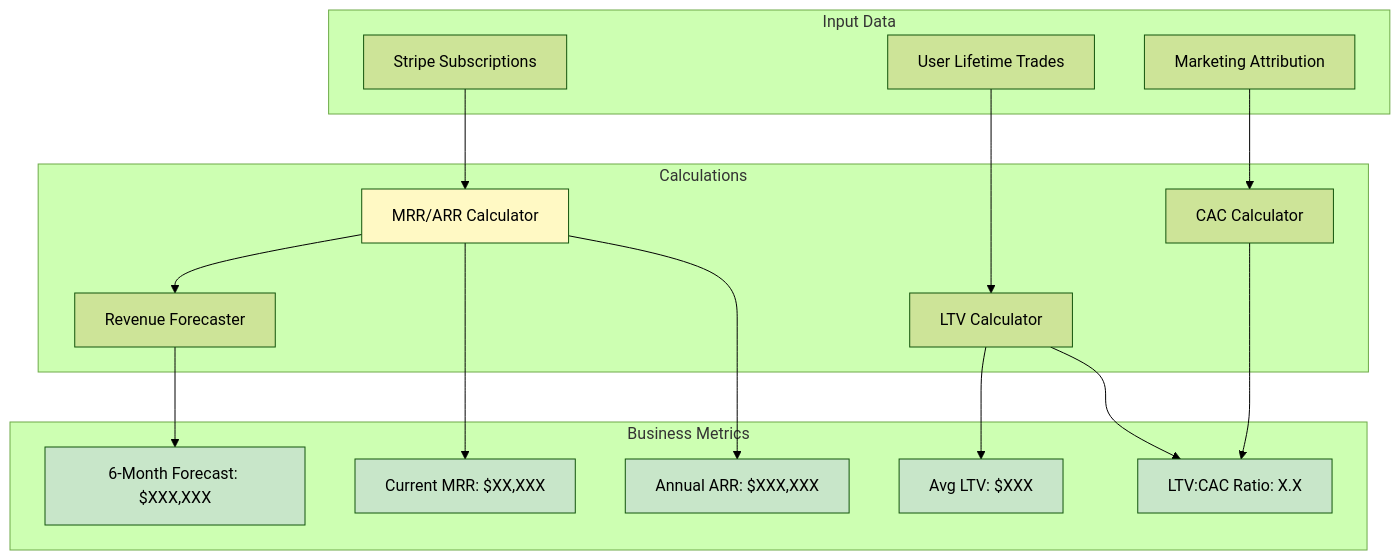
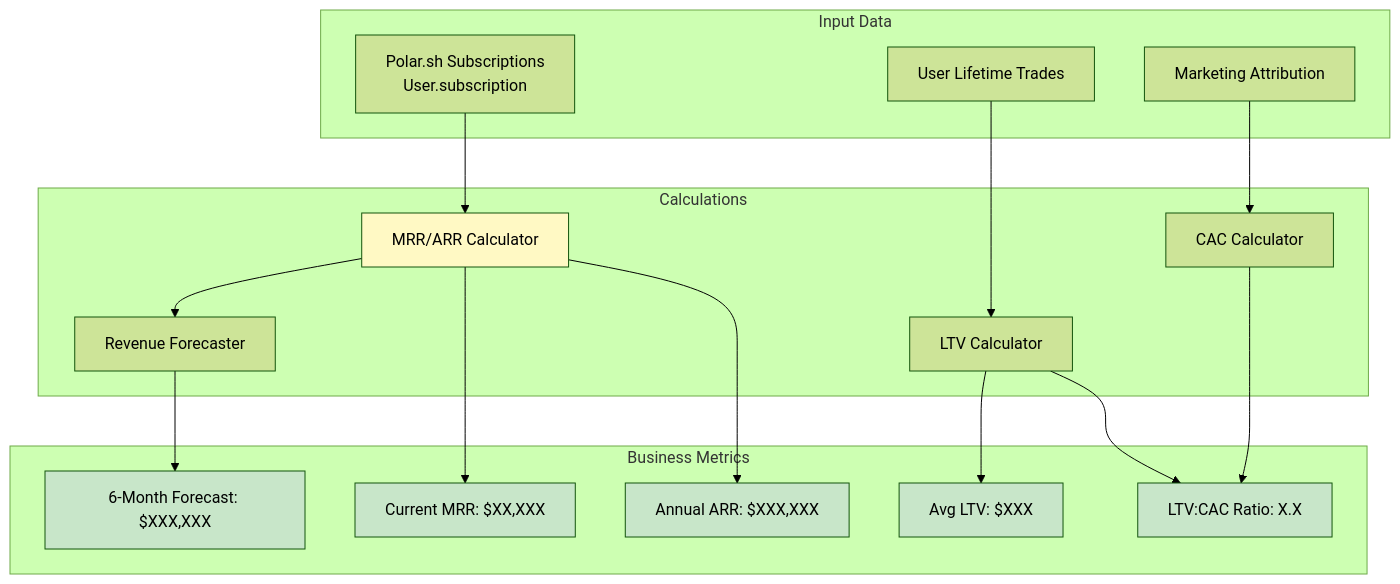
The sixth of 12 diagrams in docs/diagrams/08-admin-dashboard-dataflow.md (chendrizzy/discord-trade-exec), drawn with Mermaid (forest theme) before and after one commit. The commit also changed other lines of this file and 13 other files, not shown here.

First line of the commit message:
docs: update architecture diagrams with OAuth2 broker auth and WebSocket features

````diff
--- a/docs/diagrams/08-admin-dashboard-dataflow.md
+++ b/docs/diagrams/08-admin-dashboard-dataflow.md
@@ -494,42 +523,42 @@
 ```mermaid
 graph TB
     subgraph "Input Data"
-        A[Stripe Subscriptions]
+        A[Polar.sh Subscriptions<br/>User.subscription]
         B[User Lifetime Trades]
         C[Marketing Attribution]
     end
 
     subgraph "Calculations"
         D[MRR/ARR Calculator]
         E[LTV Calculator]
         F[CAC Calculator]
         G[Revenue Forecaster]
     end
 
     subgraph "Business Metrics"
         H[Current MRR: $XX,XXX]
         I[Annual ARR: $XXX,XXX]
         J[Avg LTV: $XXX]
         K[LTV:CAC Ratio: X.X]
         L[6-Month Forecast: $XXX,XXX]
     end
 
     A --> D
     B --> E
     C --> F
     D --> G
 
     D --> H
     D --> I
     E --> J
     E --> K
     F --> K
     G --> L
 
     style D fill:#fff9c4
     style H fill:#c8e6c9
     style I fill:#c8e6c9
     style J fill:#c8e6c9
     style K fill:#c8e6c9
     style L fill:#c8e6c9
 ```
````
